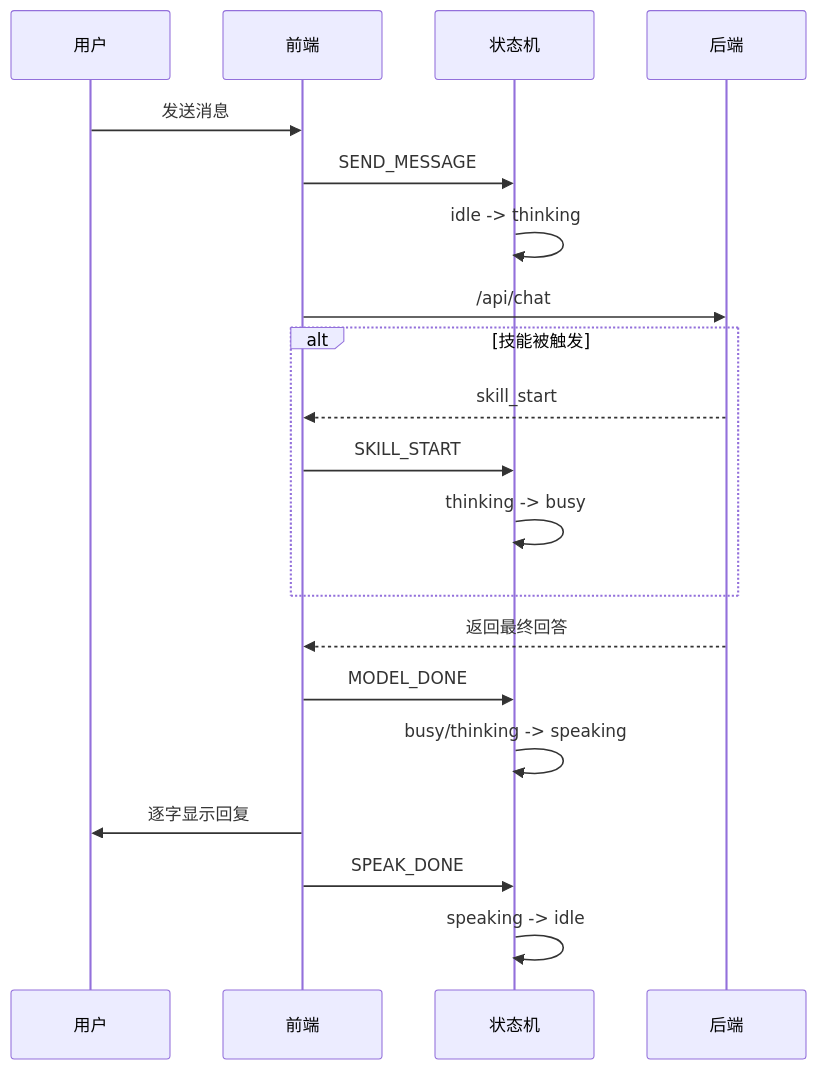
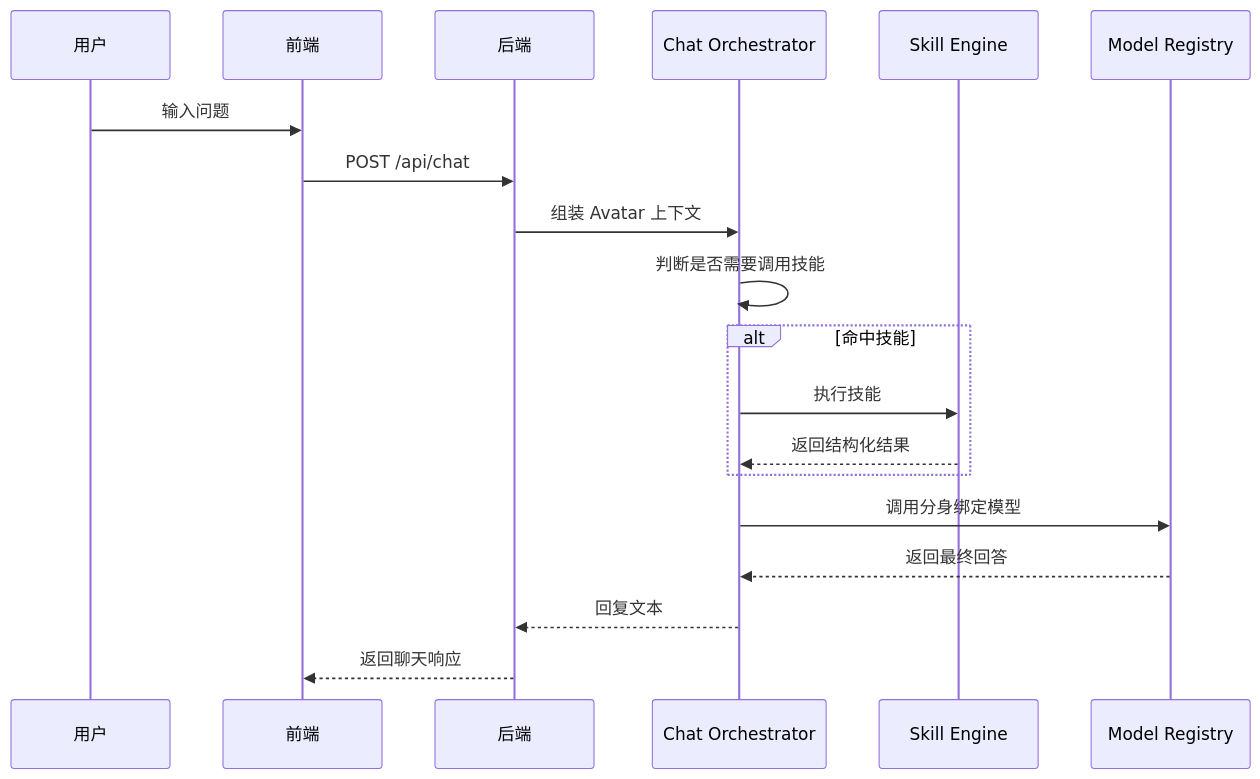
Before and after one commit to Mingjiexiaojiu/MultiYou: the second of 2 diagrams in Design/Phase3_增强版_设计文档.md, drawn with Mermaid. The commit also changed other lines of this file and 16 other files, not shown here.

````diff
--- a/Design/Phase3_增强版_设计文档.md
+++ b/Design/Phase3_增强版_设计文档.md
@@ -287,23 +216,22 @@
 ```mermaid
 sequenceDiagram
-    participant 用户
-    participant 前端
-    participant 状态机
-    participant 后端
+    participant User as 用户
+    participant UI as 前端
+    participant API as 后端
+    participant O as Chat Orchestrator
+    participant S as Skill Engine
+    participant M as Model Registry
 
-    用户->>前端: 发送消息
-    前端->>状态机: SEND_MESSAGE
-    状态机->>状态机: idle -> thinking
-    前端->>后端: /api/chat
-    alt 技能被触发
-        后端-->>前端: skill_start
-        前端->>状态机: SKILL_START
-        状态机->>状态机: thinking -> busy
+    User->>UI: 输入问题
+    UI->>API: POST /api/chat
+    API->>O: 组装 Avatar 上下文
+    O->>O: 判断是否需要调用技能
+    alt 命中技能
+        O->>S: 执行技能
+        S-->>O: 返回结构化结果
     end
-    后端-->>前端: 返回最终回答
-    前端->>状态机: MODEL_DONE
-    状态机->>状态机: busy/thinking -> speaking
-    前端->>用户: 逐字显示回复
-    前端->>状态机: SPEAK_DONE
-    状态机->>状态机: speaking -> idle
+    O->>M: 调用分身绑定模型
+    M-->>O: 返回最终回答
+    O-->>API: 回复文本
+    API-->>UI: 返回聊天响应
 ```
````
